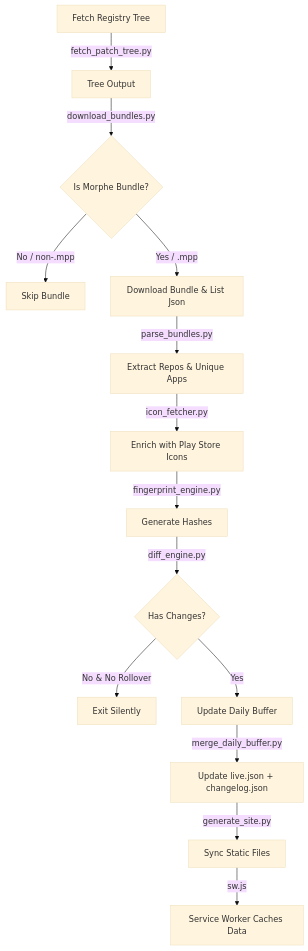
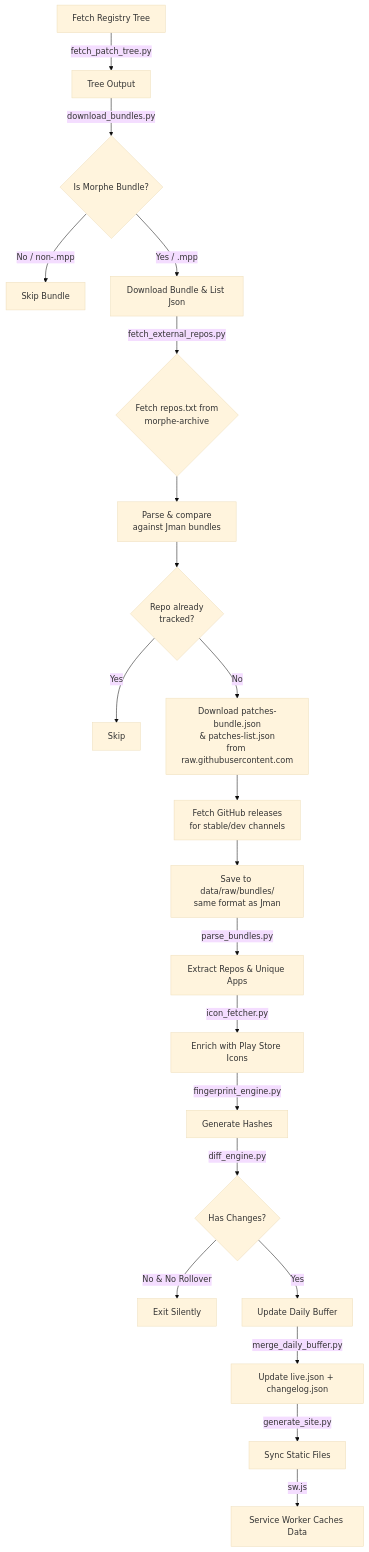
Before and after one commit to drnx64/morphe-track-patches: the diagram in README.md, drawn with Mermaid (base theme). The commit also changed other lines of this file and 2 other files, not shown here.

Commit message:
docs: add credits table, external repos logic, and repos_list.txt

````diff
--- a/README.md
+++ b/README.md
@@ -61,16 +64,23 @@
 ```mermaid
 graph TD
     A[Fetch Registry Tree] -->|fetch_patch_tree.py| B[Tree Output]
     B -->|download_bundles.py| C{Is Morphe Bundle?}
     C -->|No / non-.mpp| D[Skip Bundle]
     C -->|Yes / .mpp| E[Download Bundle & List Json]
-    E -->|parse_bundles.py| F[Extract Repos & Unique Apps]
+    E -->|fetch_external_repos.py| E1{Fetch repos.txt from<br/>morphe-archive}
+    E1 --> E2[Parse & compare<br/>against Jman bundles]
+    E2 --> E3{Repo already<br/>tracked?}
+    E3 -->|Yes| E4[Skip]
+    E3 -->|No| E5[Download patches-bundle.json<br/>& patches-list.json<br/>from raw.githubusercontent.com]
+    E5 --> E6[Fetch GitHub releases<br/>for stable/dev channels]
+    E6 --> E7[Save to data/raw/bundles/<br/>same format as Jman]
+    E7 -->|parse_bundles.py| F[Extract Repos & Unique Apps]
     F -->|icon_fetcher.py| G[Enrich with Play Store Icons]
     G -->|fingerprint_engine.py| H[Generate Hashes]
     H -->|diff_engine.py| I{Has Changes?}
     I -->|No & No Rollover| J[Exit Silently]
     I -->|Yes| K[Update Daily Buffer]
     K -->|merge_daily_buffer.py| L[Update live.json + changelog.json]
     L -->|generate_site.py| N[Sync Static Files]
     N -->|sw.js| O[Service Worker Caches Data]
 ```
````
